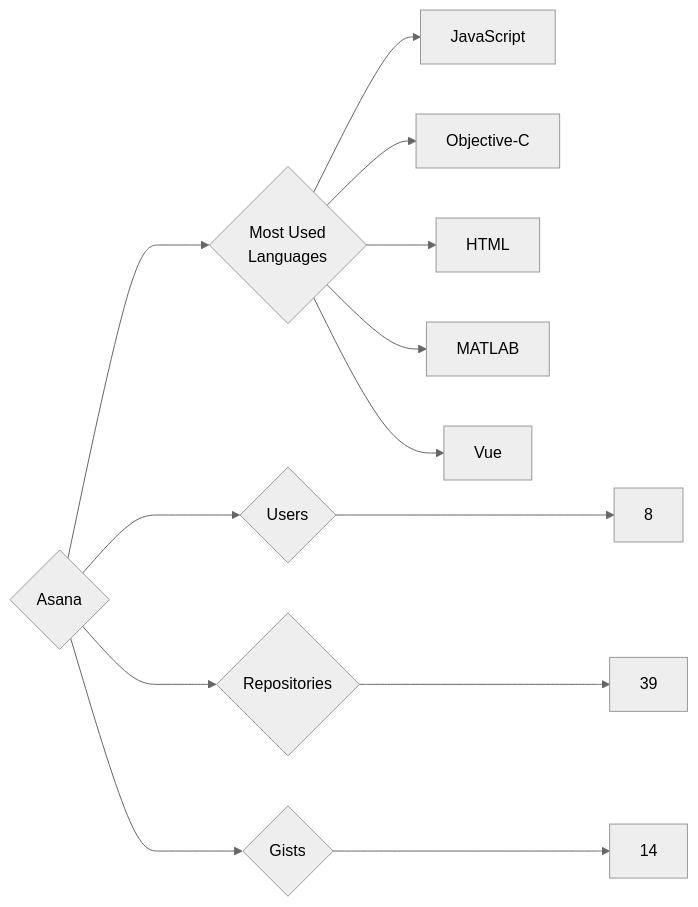
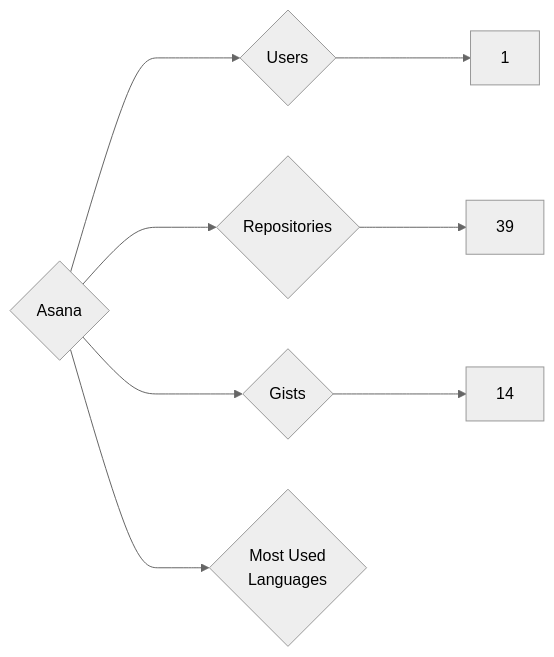
The diagram in targets/Asana/README.md (trickest/insiders), drawn with Mermaid (neutral theme) before and after one commit. The commit also changed 724 other files, not shown here.

````diff
--- a/targets/Asana/README.md
+++ b/targets/Asana/README.md
@@ -3,13 +3,8 @@
 ```mermaid
 graph LR
 COMPANY_NAME{Asana}
-COMPANY_NAME ---> U{Users} ---> UN[8]
+COMPANY_NAME ---> U{Users} ---> UN[1]
 COMPANY_NAME ---> R{Repositories} ---> RN[39]
 COMPANY_NAME ---> G{Gists} ---> GN[14]
 COMPANY_NAME ---> ML{Most Used<br>Languages}
-ML --> JavaScript[JavaScript]
-ML --> Objective-C[Objective-C]
-ML --> HTML[HTML]
-ML --> MATLAB[MATLAB]
-ML --> Vue[Vue]
 ```
````
